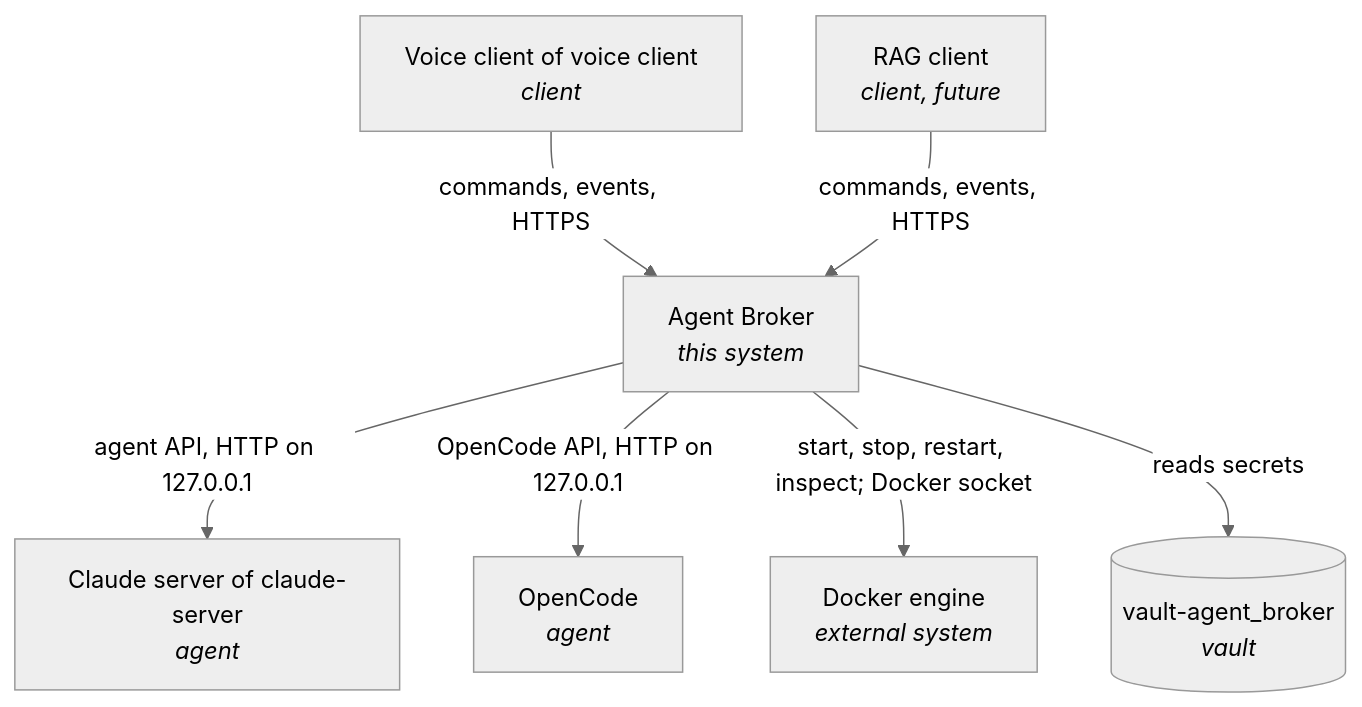
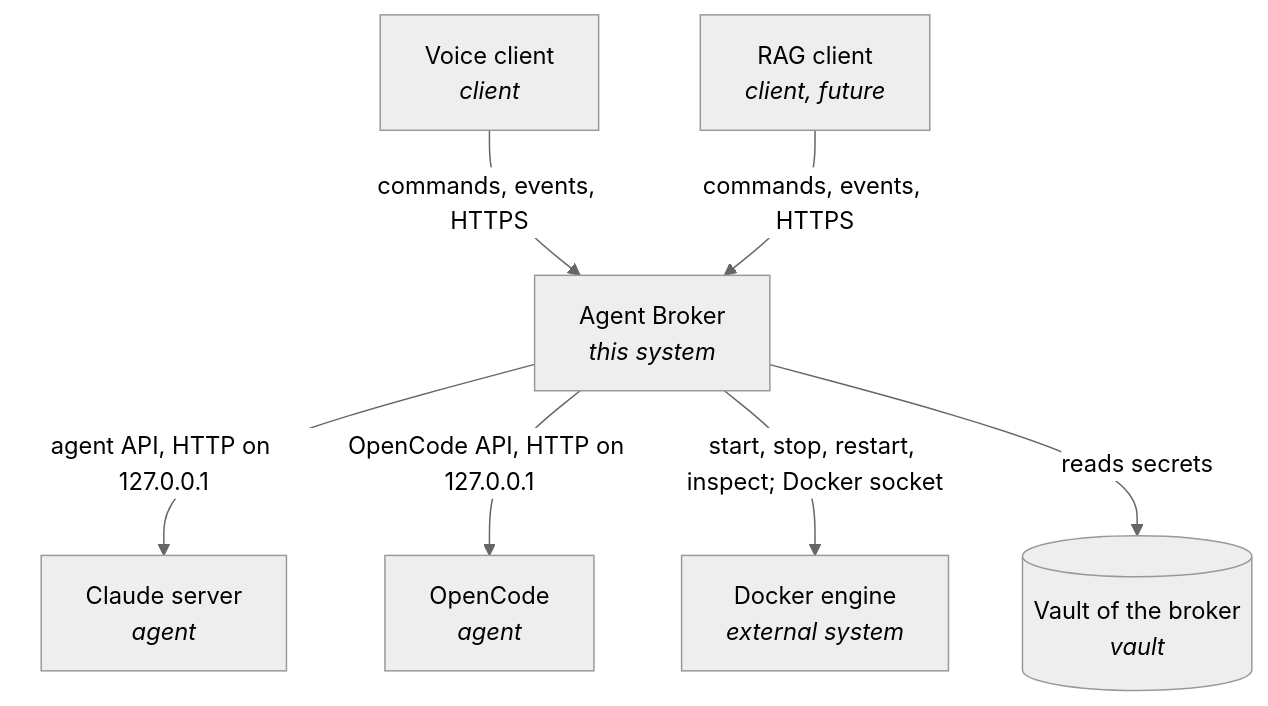
Before and after one commit to npstash/gustaw_agent_broker: the first of 5 diagrams in sdd/DESIGN.md, drawn with Mermaid (neutral theme). The commit also changed other lines of this file and 21 other files, not shown here.

````diff
--- a/sdd/DESIGN.md
+++ b/sdd/DESIGN.md
@@ -27,9 +27,9 @@
 ```mermaid
 flowchart TD
-    C1[Voice client of voice client<br/><i>client</i>] -->|commands, events, HTTPS| B[Agent Broker<br/><i>this system</i>]
+    C1[Voice client<br/><i>client</i>] -->|commands, events, HTTPS| B[Agent Broker<br/><i>this system</i>]
     C2[RAG client<br/><i>client, future</i>] -->|commands, events, HTTPS| B
-    B -->|agent API, HTTP on 127.0.0.1| A1[Claude server of claude-server<br/><i>agent</i>]
+    B -->|agent API, HTTP on 127.0.0.1| A1[Claude server<br/><i>agent</i>]
     B -->|OpenCode API, HTTP on 127.0.0.1| A2[OpenCode<br/><i>agent</i>]
     B -->|start, stop, restart, inspect; Docker socket| D[Docker engine<br/><i>external system</i>]
-    B -->|reads secrets| V[(vault-agent_broker<br/><i>vault</i>)]
+    B -->|reads secrets| V[(Vault of the broker<br/><i>vault</i>)]
 ```
````
